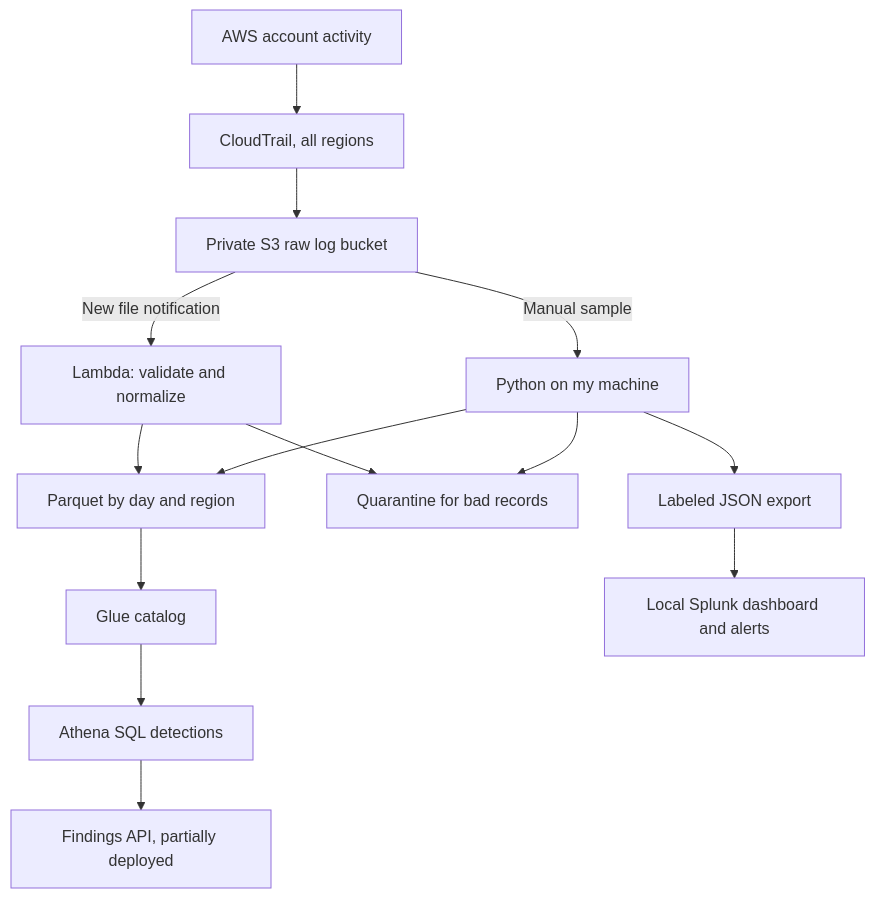
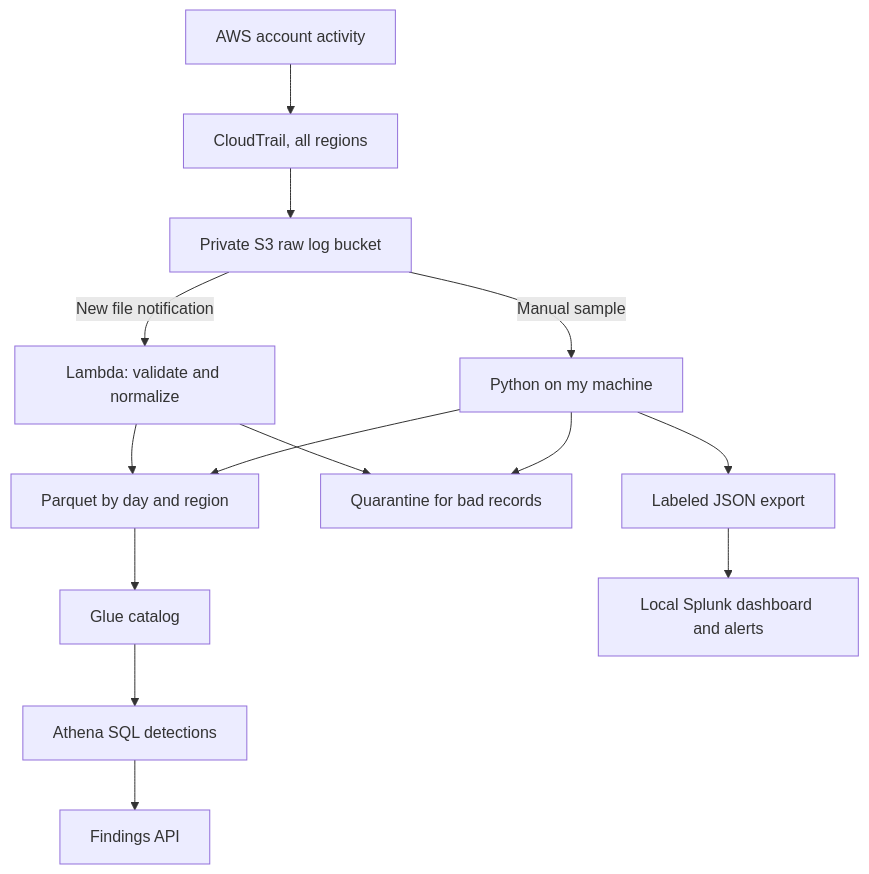
Before and after one commit to echeekene/Cloud-detection-pipeline: the diagram in README.md, drawn with Mermaid. The commit also changed other lines of this file and 16 other files, not shown here.

````diff
--- a/README.md
+++ b/README.md
@@ -29,16 +29,16 @@
 ```mermaid
 flowchart TD
     A[AWS account activity] --> B[CloudTrail, all regions]
     B --> C[Private S3 raw log bucket]
     C -->|New file notification| D[Lambda: validate and normalize]
     C -->|Manual sample| E[Python on my machine]
     D --> F[Parquet by day and region]
     E --> F
     D --> G[Quarantine for bad records]
     E --> G
     F --> H[Glue catalog]
     H --> I[Athena SQL detections]
     E --> J[Labeled JSON export]
     J --> K[Local Splunk dashboard and alerts]
-    I --> L[Findings API, partially deployed]
+    I --> L[Findings API]
 ```
````
